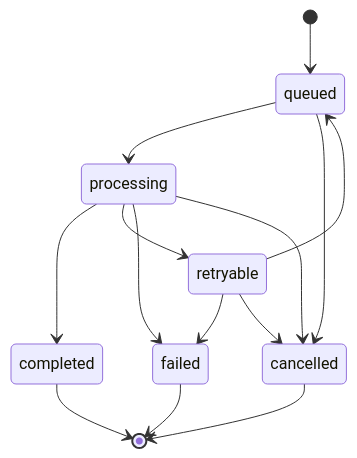
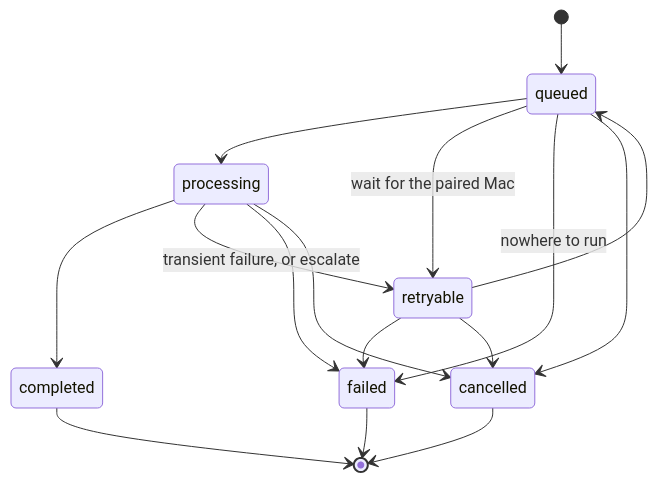
Before and after one commit to rahul14rz/fieldnote-edge: the diagram in docs/failure-handling.md, drawn with Mermaid. The commit also changed other lines of this file and 28 other files, not shown here.

````diff
--- a/docs/failure-handling.md
+++ b/docs/failure-handling.md
@@ -18,16 +18,18 @@
 ```mermaid
 stateDiagram-v2
   [*] --> queued
   queued --> processing
+  queued --> retryable: wait for the paired Mac
+  queued --> failed: nowhere to run
   queued --> cancelled
   processing --> completed
-  processing --> retryable
+  processing --> retryable: transient failure, or escalate
   processing --> failed
   processing --> cancelled
   retryable --> queued
   retryable --> failed
   retryable --> cancelled
   completed --> [*]
   failed --> [*]
   cancelled --> [*]
 ```
````
